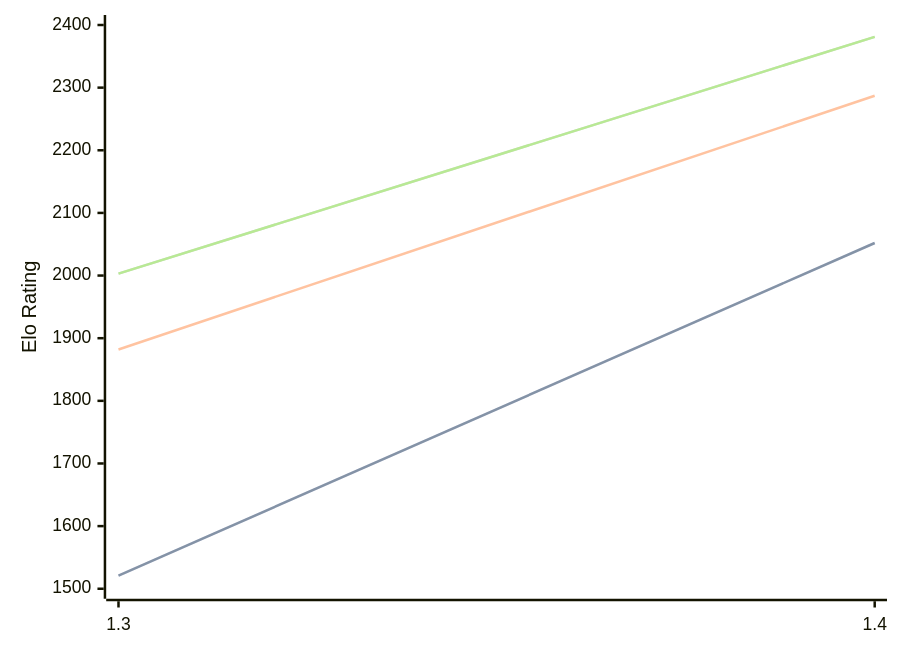
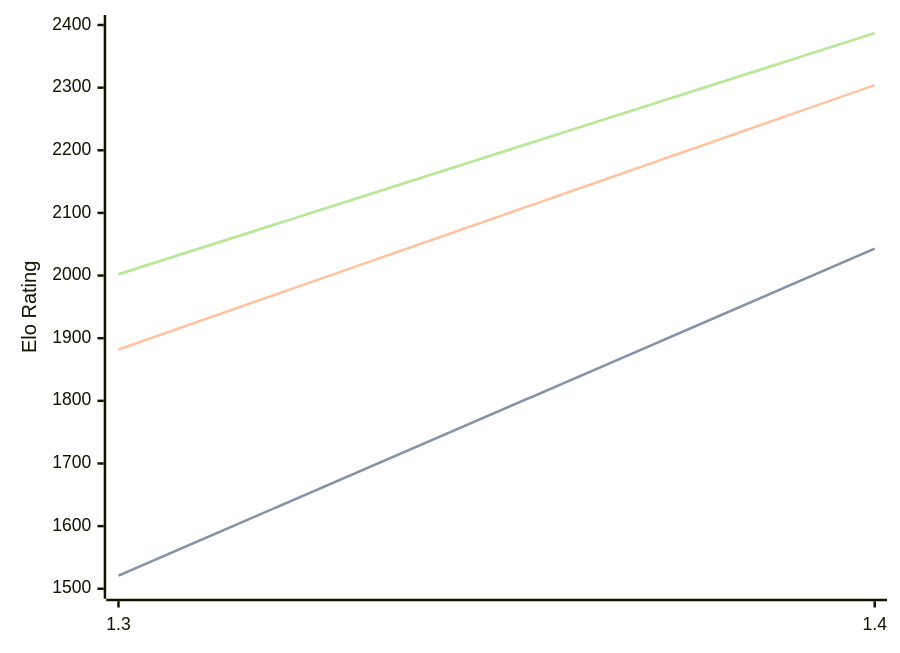
The diagram in engines/Facon.md (computer-chess-index/cci), drawn with Mermaid before and after one commit. The commit also changed other lines of this file, not shown here.

Commit message:
Update CCI Ratings (ELO VLTC) - 2026-04-28

````diff
--- a/engines/Facon.md
+++ b/engines/Facon.md
@@ -35,11 +35,11 @@
 ```mermaid
 %%{init: {"theme":"base","themeVariables":{"seriesColors:['#a3a3a3','#222221','#faa371']}}}%%
 xychart-beta
   x-axis ["1.3", "1.4"]
   y-axis "Elo Rating" 1500 --> 2400
-  line "STC (8.0+0.08s)" [1521, 2052]
-  line "STC (8.0+0.08s)" [1521, 2052]
-  line "LTC (60.0+0.60s)" [1882, 2287]
-  line "VLTC (2m24s+1.12s)" [2003, 2381]
-  line "VLTC (2m24s+1.12s)" [2003, 2381]
+  line "STC (8.0+0.08s)" [1521, 2043]
+  line "STC (8.0+0.08s)" [1521, 2043]
+  line "LTC (60.0+0.60s)" [1882, 2304]
+  line "VLTC (2m24s+1.12s)" [2002, 2387]
+  line "VLTC (2m24s+1.12s)" [2002, 2387]
 ```
````
